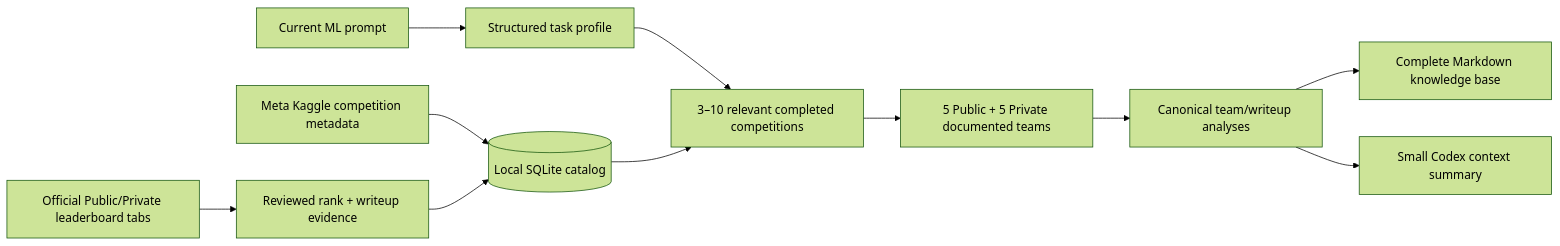
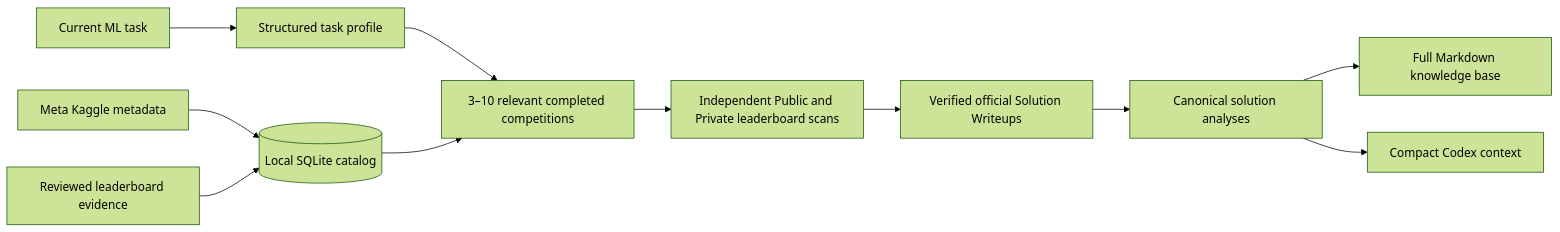
One commit to zoli801/kaggle-solution-retriever-skill changed the diagram in README.md. Above: the diagram before and after it, drawn with Mermaid (forest theme). The commit also changed other lines of this file and 5 other files, not shown here.

````diff
--- a/README.md
+++ b/README.md
@@ -16,14 +22,14 @@
 ```mermaid
 flowchart LR
-    P["Current ML prompt"] --> T["Structured task profile"]
+    P["Current ML task"] --> T["Structured task profile"]
     T --> C["3–10 relevant completed competitions"]
-    C --> S["5 Public + 5 Private documented teams"]
-    S --> D["Canonical team/writeup analyses"]
-    D --> K["Complete Markdown knowledge base"]
-    D --> X["Small Codex context summary"]
+    C --> L["Independent Public and Private leaderboard scans"]
+    L --> W["Verified official Solution Writeups"]
+    W --> A["Canonical solution analyses"]
+    A --> K["Full Markdown knowledge base"]
+    A --> X["Compact Codex context"]
 
-    M["Meta Kaggle competition metadata"] --> DB[("Local SQLite catalog")]
-    B["Official Public/Private leaderboard tabs"] --> R["Reviewed rank + writeup evidence"]
-    R --> DB
+    M["Meta Kaggle metadata"] --> DB[("Local SQLite catalog")]
+    R["Reviewed leaderboard evidence"] --> DB
     DB --> C
 ```
````
